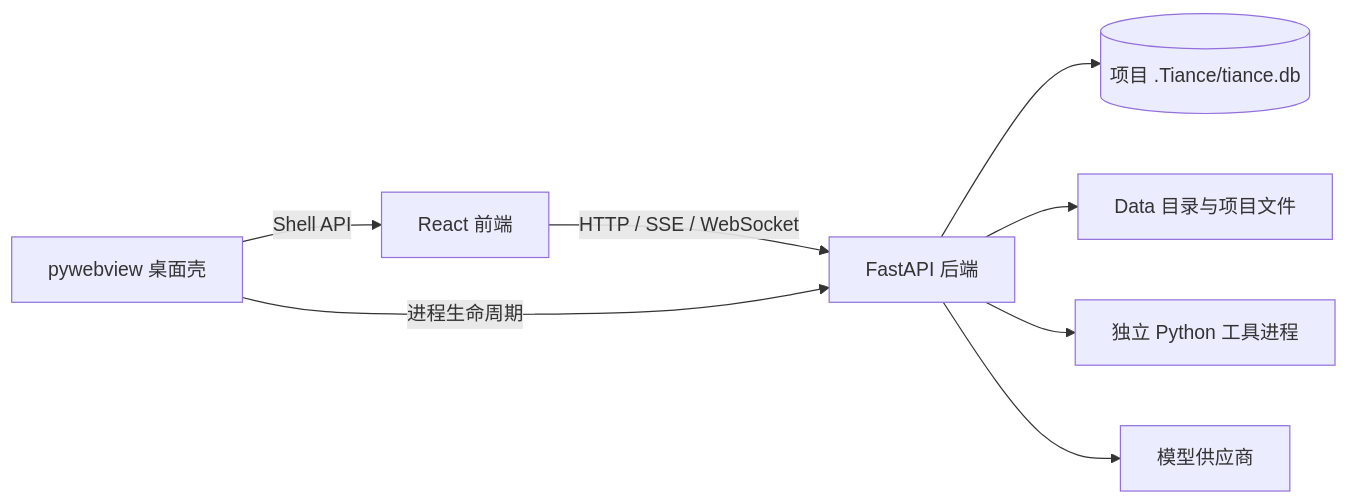
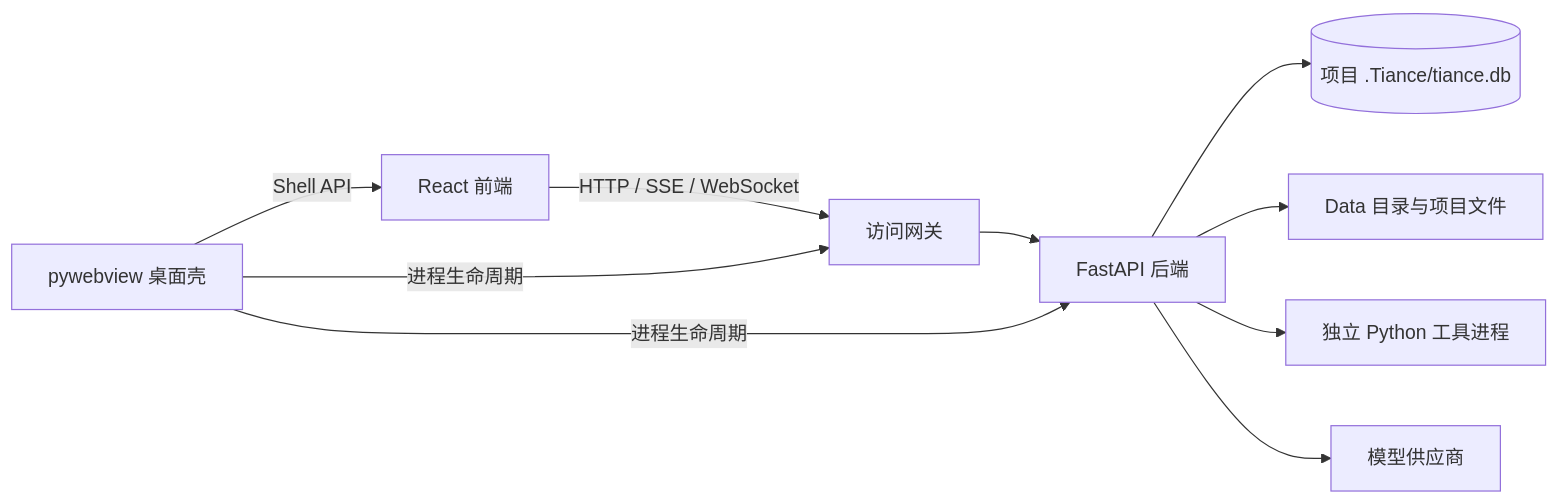
The diagram in docs/01_系统架构与运行边界.md (LikeMirage/Tiance), drawn with Mermaid before and after one commit. The commit also changed other lines of this file and 21 other files, not shown here.

````diff
--- a/docs/01_系统架构与运行边界.md
+++ b/docs/01_系统架构与运行边界.md
@@ -39,10 +42,12 @@
 ```mermaid
 flowchart LR
-    UI[React 前端] -->|HTTP / SSE / WebSocket| API[FastAPI 后端]
+    UI[React 前端] -->|HTTP / SSE / WebSocket| GW[访问网关]
+    GW --> API[FastAPI 后端]
     Shell[pywebview 桌面壳] -->|Shell API| UI
+    Shell -->|进程生命周期| GW
     Shell -->|进程生命周期| API
     API --> DB[(项目 .Tiance/tiance.db)]
     API --> Data[Data 目录与项目文件]
     API --> Tools[独立 Python 工具进程]
     API --> Providers[模型供应商]
 ```
````
